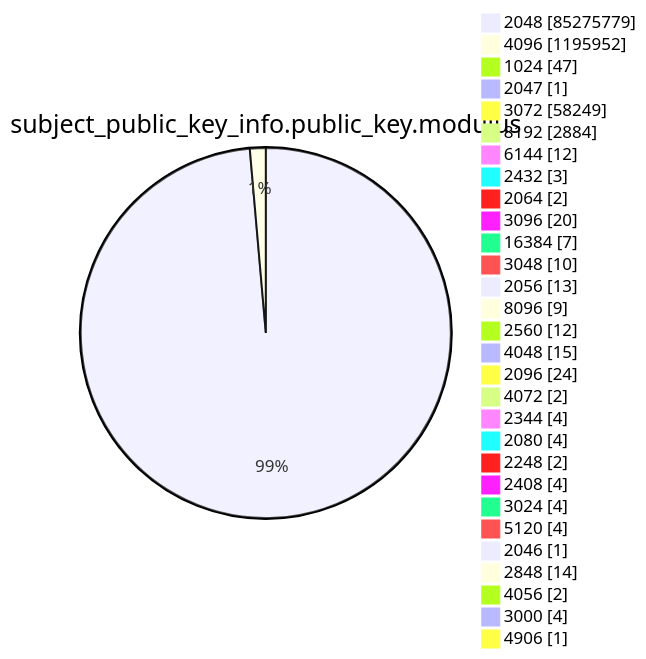
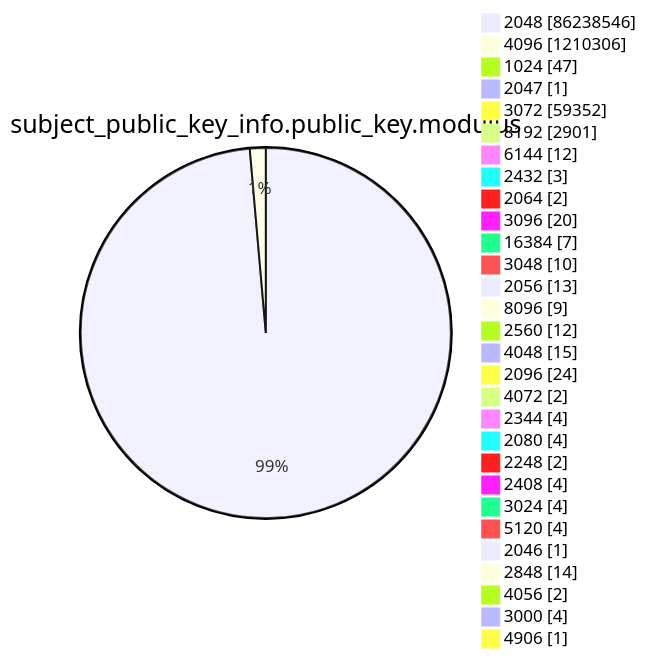
One commit to christiankrug/ctmonitor_visualization changed diagram 13 of 15 in xenon2023/README.md. Above: the diagram before and after it, drawn with Mermaid. The commit also changed other lines of this file, not shown here.

````diff
--- a/xenon2023/README.md
+++ b/xenon2023/README.md
@@ -2742,33 +2748,33 @@
 ```mermaid
 pie showData
 title subject_public_key_info.public_key.modulus
-"2048" :85275779
-"4096" :1195952
+"2048" :86238546
+"4096" :1210306
 "1024" :47
 "2047" :1
-"3072" :58249
-"8192" :2884
+"3072" :59352
+"8192" :2901
 "6144" :12
 "2432" :3
 "2064" :2
 "3096" :20
 "16384" :7
 "3048" :10
 "2056" :13
 "8096" :9
 "2560" :12
 "4048" :15
 "2096" :24
 "4072" :2
 "2344" :4
 "2080" :4
 "2248" :2
 "2408" :4
 "3024" :4
 "5120" :4
 "2046" :1
 "2848" :14
 "4056" :2
 "3000" :4
 "4906" :1
 ```
````
